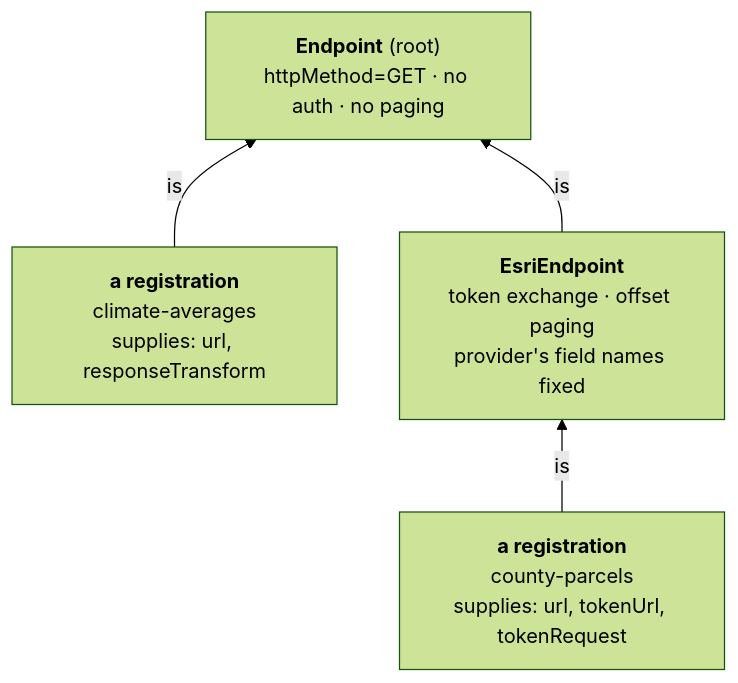
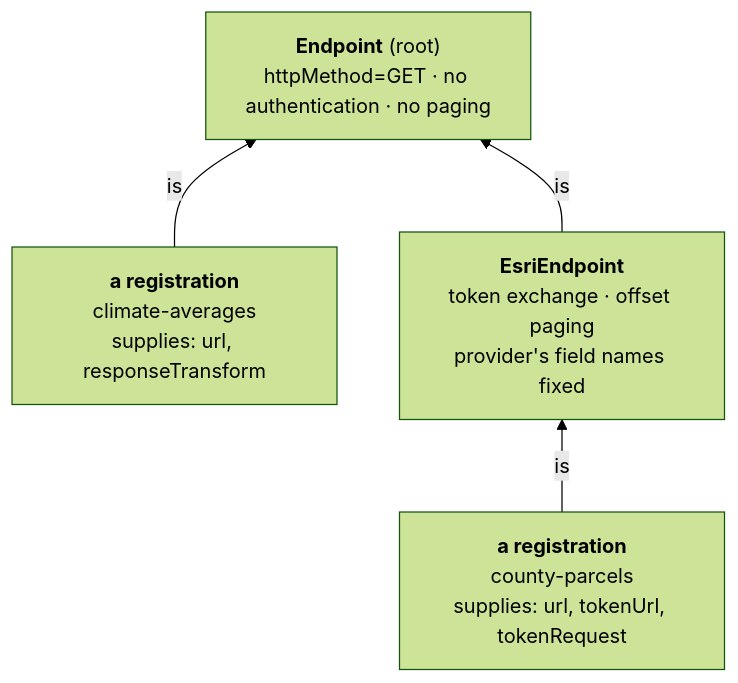
The third of 10 diagrams in docs/LAND_INTAKE.md (ReGen-Villages/VillageOS-API), drawn with Mermaid (forest theme) before and after one commit. The commit also changed other lines of this file, not shown here.

````diff
--- a/docs/LAND_INTAKE.md
+++ b/docs/LAND_INTAKE.md
@@ -425,10 +424,10 @@
 ```mermaid
 flowchart BT
   R1["<b>a registration</b><br/>climate-averages<br/>supplies: url, responseTransform"]
   R2["<b>a registration</b><br/>county-parcels<br/>supplies: url, tokenUrl, tokenRequest"]
-  E1["<b>Endpoint</b> (root)<br/>httpMethod=GET · no auth · no paging"]
+  E1["<b>Endpoint</b> (root)<br/>httpMethod=GET · no authentication · no paging"]
   E2["<b>EsriEndpoint</b><br/>token exchange · offset paging<br/>provider's field names fixed"]
   R1 -->|is| E1
   R2 -->|is| E2
   E2 -->|is| E1
 ```
````
